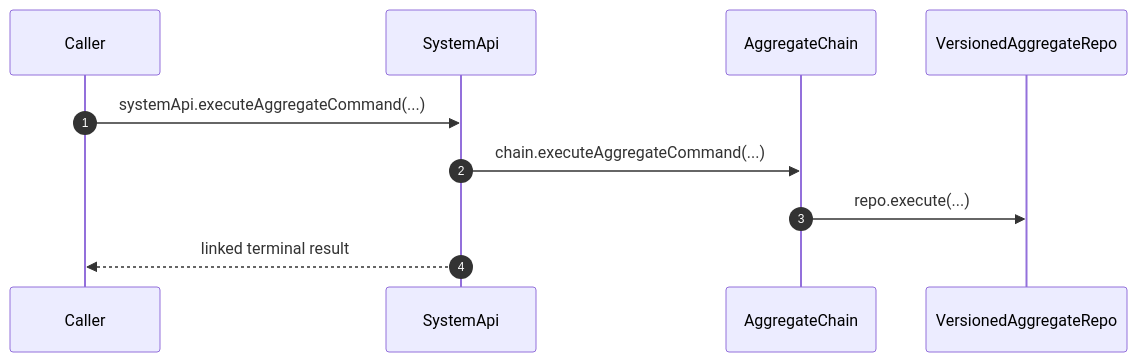
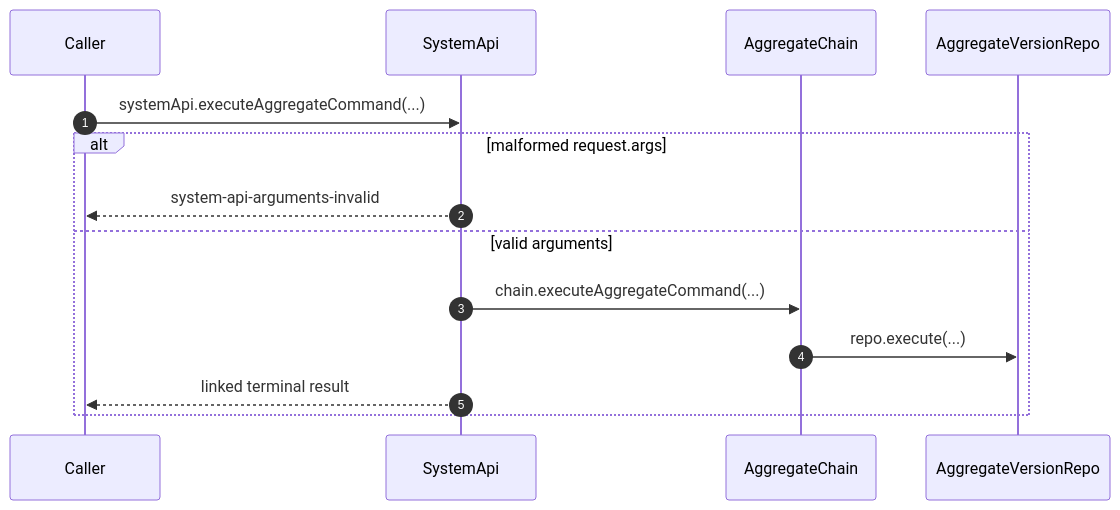
One commit to morgs32/qrk.sh changed the first of 2 diagrams in wiki/architecture/SystemApi.md. Above: the diagram before and after it, drawn with Mermaid. The commit also changed other lines of this file and 1714 other files, not shown here.

````diff
--- a/wiki/architecture/SystemApi.md
+++ b/wiki/architecture/SystemApi.md
@@ -15,15 +15,16 @@
 ```mermaid
 sequenceDiagram
   participant Caller
   participant SystemApi
   participant AggregateChain
-  participant VersionedAggregateRepo
-  autonumber 1
+  participant AggregateVersionRepo
+  autonumber
   Caller->>SystemApi: systemApi.executeAggregateCommand(...)
-  autonumber 2
-  SystemApi->>AggregateChain: chain.executeAggregateCommand(...)
-  autonumber 3
-  AggregateChain->>VersionedAggregateRepo: repo.execute(...)
-  autonumber 4
-  SystemApi-->>Caller: linked terminal result
+  alt malformed request.args
+    SystemApi-->>Caller: system-api-arguments-invalid
+  else valid arguments
+    SystemApi->>AggregateChain: chain.executeAggregateCommand(...)
+    AggregateChain->>AggregateVersionRepo: repo.execute(...)
+    SystemApi-->>Caller: linked terminal result
+  end
 ```
````
